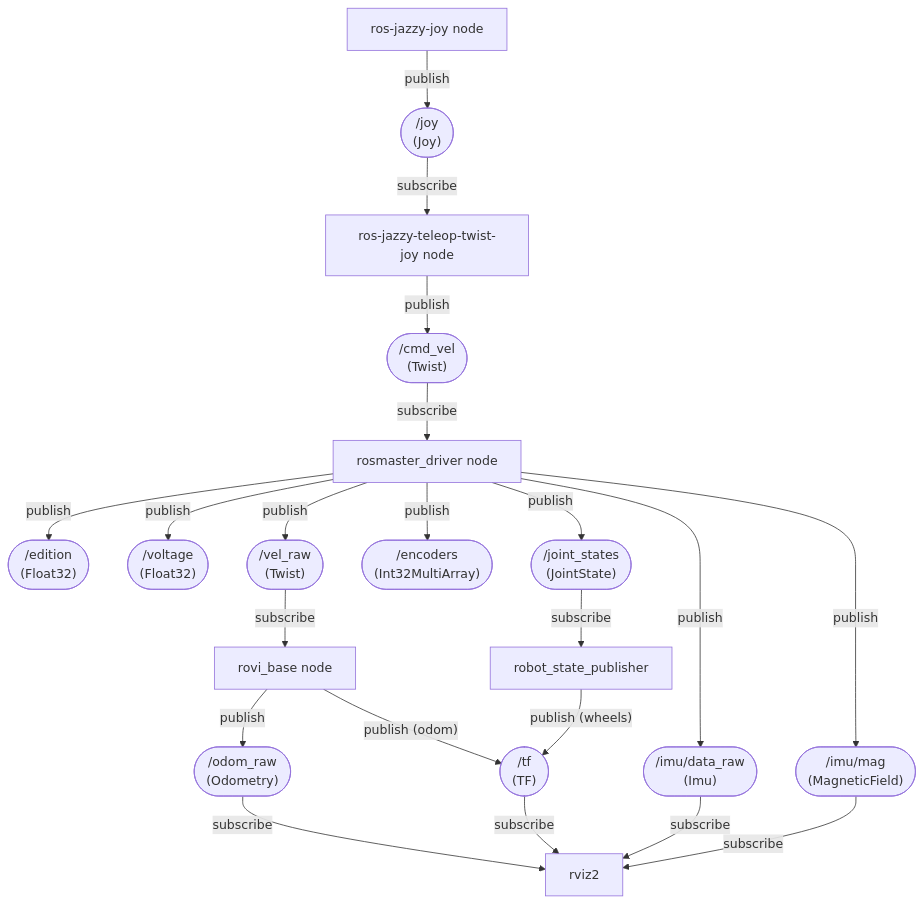
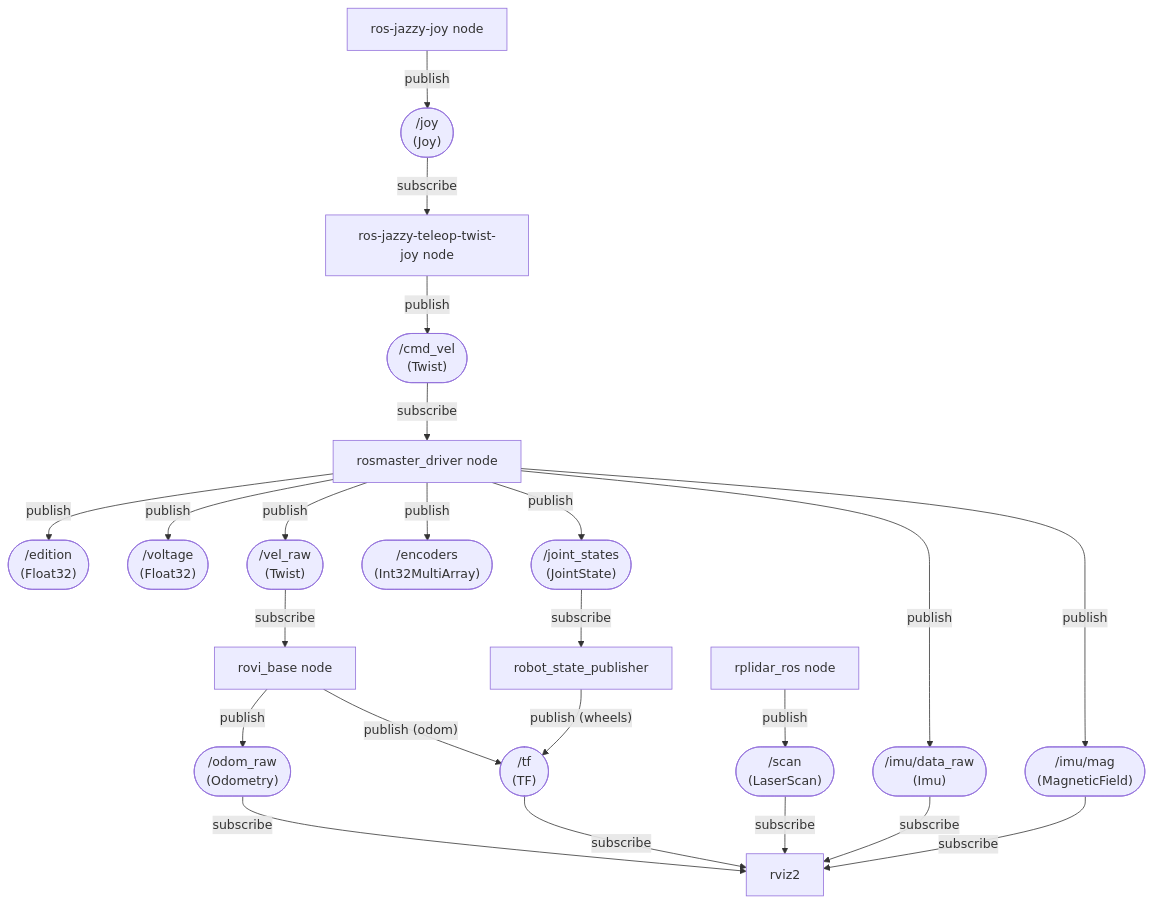
Before and after one commit to Roblibs/rovi_ros_ws: the first of 2 diagrams in README.md, drawn with Mermaid. The commit also changed other lines of this file and 1 other file, not shown here.

````diff
--- a/README.md
+++ b/README.md
@@ -43,47 +47,52 @@
 ```mermaid
 flowchart TD
   Rosmaster[rosmaster_driver node]
 
   Joystick["ros-jazzy-joy node"]
   JOY(["/joy<br/>(Joy)"])
   Joystick -->|publish| JOY
 
   RoviJoy["ros-jazzy-teleop-twist-joy node"]
   JOY -->|subscribe| RoviJoy
   CMD(["/cmd_vel<br/>(Twist)"])
   RoviJoy -->|publish| CMD
 
   CMD -->|subscribe| Rosmaster
   EDT(["/edition<br/>(Float32)"])
   VOL(["/voltage<br/>(Float32)"])
   VRAW(["/vel_raw<br/>(Twist)"])
   JSTATE(["/joint_states<br/>(JointState)"])
   ENC(["/encoders<br/>(Int32MultiArray)"])
   IMU(["/imu/data_raw<br/>(Imu)"])
   MAG(["/imu/mag<br/>(MagneticField)"])
   Rosmaster -->|publish| EDT
   Rosmaster -->|publish| VOL
   Rosmaster -->|publish| VRAW
   Rosmaster -->|publish| ENC
   Rosmaster -->|publish| JSTATE
   Rosmaster -->|publish| IMU
   Rosmaster -->|publish| MAG
 
   RoviBase["rovi_base node"]
   VRAW -->|subscribe| RoviBase
   ODRAW(["/odom_raw<br/>(Odometry)"])
   TF(["/tf<br/>(TF)"])
   RoviBase -->|publish| ODRAW
   RoviBase -->|"publish (odom)"| TF
 
+
   RSP["robot_state_publisher"]
   JSTATE -->|subscribe| RSP
   RSP -->|"publish (wheels)"| TF
 
   RVIZ["rviz2"]
   TF -->|subscribe| RVIZ
   ODRAW -->|subscribe| RVIZ
   IMU -->|subscribe| RVIZ
   MAG -->|subscribe| RVIZ
+  SCAN -->|subscribe| RVIZ
 
+  RPLidar["rplidar_ros node"]
+  SCAN(["/scan<br/>(LaserScan)"])
+  RPLidar -->|publish| SCAN
 ```
````
